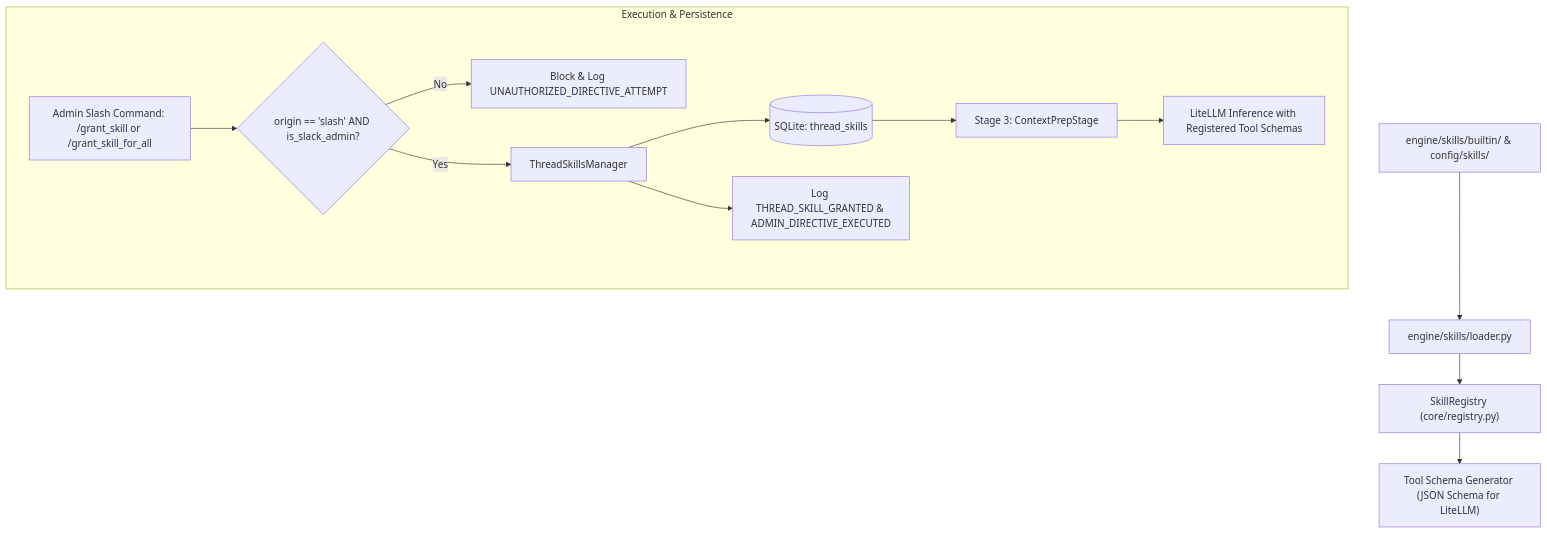
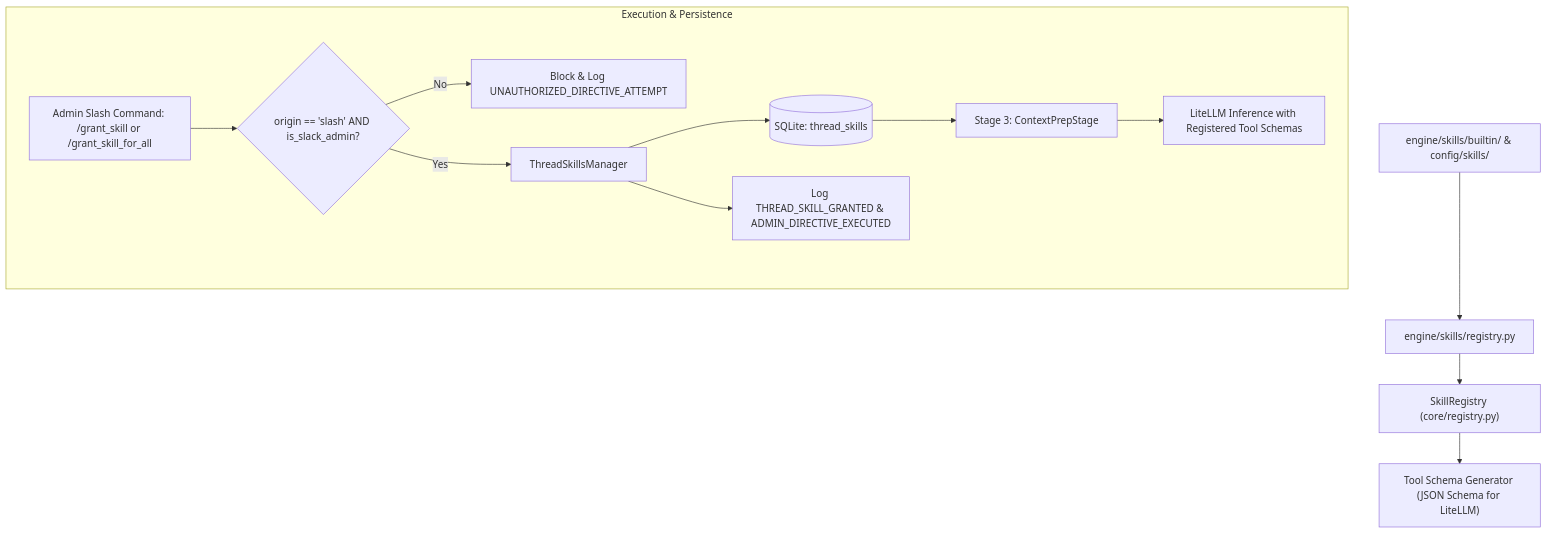
The first of 2 diagrams in docs/agents-and-skills/skills-framework.md (BranMik/Izvor), drawn with Mermaid before and after one commit. The commit also changed other lines of this file and 188 other files, not shown here.

First line of the commit message:
refactor(p2): implement phase P2 architecture modularization and security hardening

````diff
--- a/docs/agents-and-skills/skills-framework.md
+++ b/docs/agents-and-skills/skills-framework.md
@@ -16,16 +16,16 @@
 ```mermaid
 graph TD
-    Directory["engine/skills/builtin/ & config/skills/"] --> Loader["engine/skills/loader.py"]
+    Directory["engine/skills/builtin/ & config/skills/"] --> Loader["engine/skills/registry.py"]
     Loader --> Registry["SkillRegistry (core/registry.py)"]
     Registry --> SchemaGen["Tool Schema Generator (JSON Schema for LiteLLM)"]
     
     subgraph Execution & Persistence
         UserDirective["Admin Slash Command: /grant_skill or /grant_skill_for_all"] --> OriginGuard{"origin == 'slash' AND is_slack_admin?"}
         OriginGuard -->|No| BlockPriv["Block & Log UNAUTHORIZED_DIRECTIVE_ATTEMPT"]
         OriginGuard -->|Yes| Manager["ThreadSkillsManager"]
         Manager --> SQLiteTable[("SQLite: thread_skills")]
         Manager --> AuditLog["Log THREAD_SKILL_GRANTED & ADMIN_DIRECTIVE_EXECUTED"]
         SQLiteTable --> ContextPrep["Stage 3: ContextPrepStage"]
         ContextPrep --> LLM["LiteLLM Inference with Registered Tool Schemas"]
     end
 ```
````
